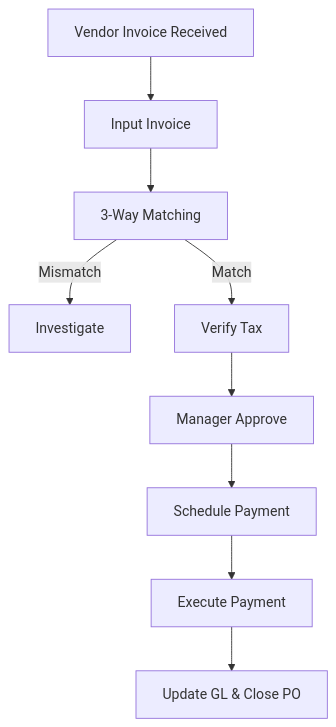
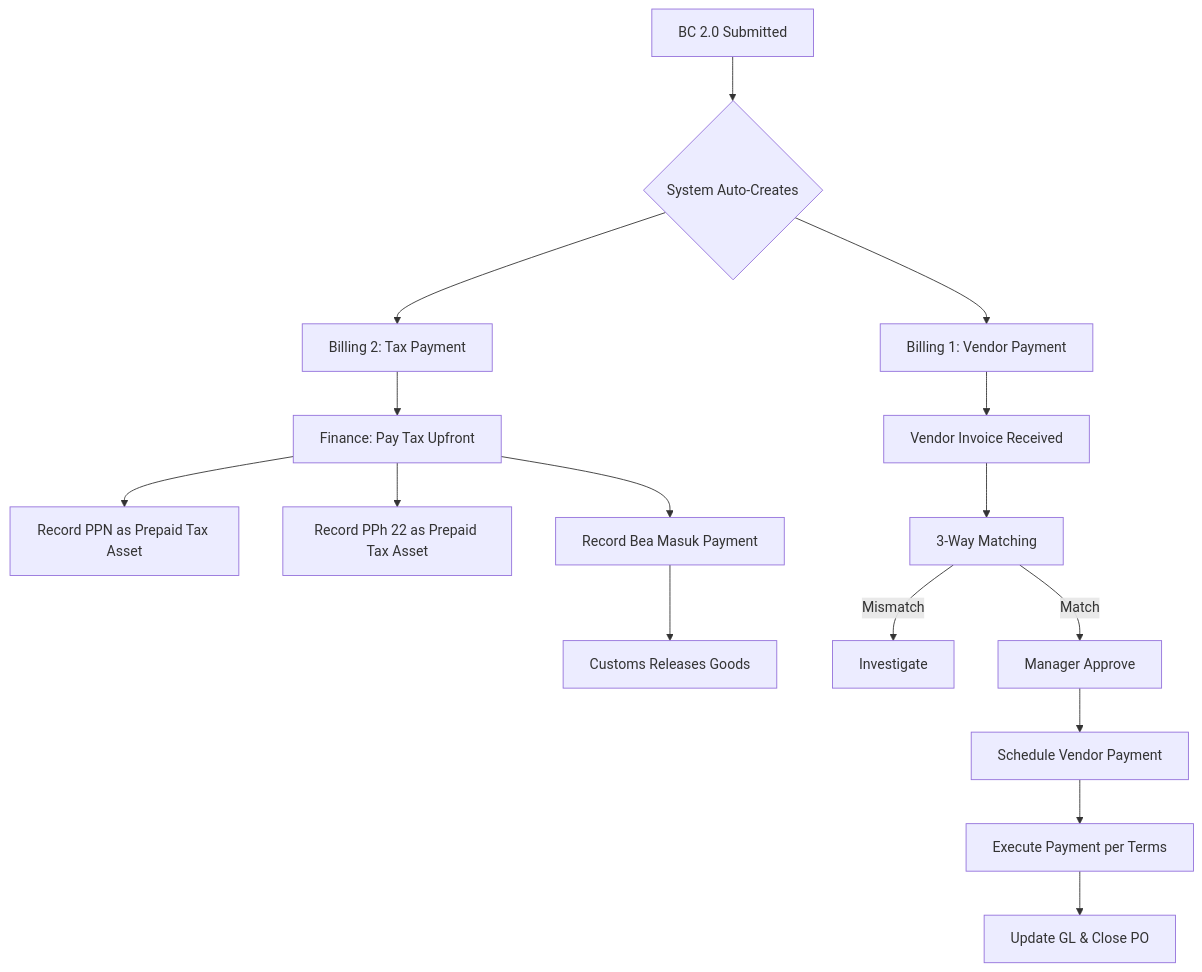
One commit to batalngantuk/jkj changed the sixth of 7 diagrams in docs/detailed_workflow_spec.md. Above: the diagram before and after it, drawn with Mermaid. The commit also changed other lines of this file and 5 other files, not shown here.

````diff
--- a/docs/detailed_workflow_spec.md
+++ b/docs/detailed_workflow_spec.md
@@ -304,11 +328,18 @@
 ```mermaid
 graph TD
-    A[Vendor Invoice Received] --> B[Input Invoice]
-    B --> C[3-Way Matching]
-    C -->|Mismatch| D[Investigate]
-    C -->|Match| E[Verify Tax]
-    E --> F[Manager Approve]
-    F --> G[Schedule Payment]
-    G --> H[Execute Payment]
-    H --> I[Update GL & Close PO]
+    A[BC 2.0 Submitted] --> B{System Auto-Creates}
+    B --> C[Billing 1: Vendor Payment]
+    B --> D[Billing 2: Tax Payment]
+    D --> E[Finance: Pay Tax Upfront]
+    E --> F[Record PPN as Prepaid Tax Asset]
+    E --> G[Record PPh 22 as Prepaid Tax Asset]
+    E --> H[Record Bea Masuk Payment]
+    H --> I[Customs Releases Goods]
+    C --> J[Vendor Invoice Received]
+    J --> K[3-Way Matching]
+    K -->|Mismatch| L[Investigate]
+    K -->|Match| M[Manager Approve]
+    M --> N[Schedule Vendor Payment]
+    N --> O[Execute Payment per Terms]
+    O --> P[Update GL & Close PO]
 ```
````
